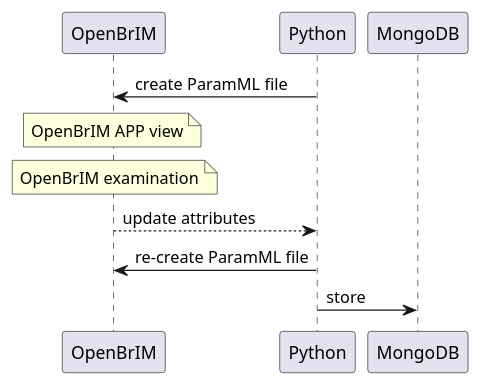
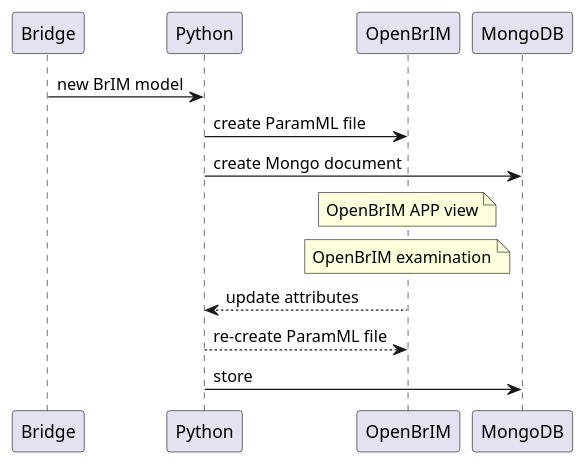
One commit to YidongQIN/PyBMS_BrIM changed the diagram in Notes & Diagrams/Sequence.puml. Above: the diagram before and after it, drawn with PlantUML. The commit also changed 1 other file, not shown here.

Commit message:
diagrams

```diff
--- a/Notes & Diagrams/Sequence.puml
+++ b/Notes & Diagrams/Sequence.puml
@@ -1,13 +1,16 @@
 @startuml
+participant Bridge as br
+participant Python as py
 participant OpenBrIM as ob
-participant Python as py
 participant MongoDB as mg
 
+br ->py: new BrIM model
 py -> ob: create ParamML file
+py -> mg: create Mongo document
 note over ob: OpenBrIM APP view
 note over ob: OpenBrIM examination
 ob --> py: update attributes
-py -> ob: re-create ParamML file
+py --> ob: re-create ParamML file
 
 py -> mg: store
 @enduml
```
